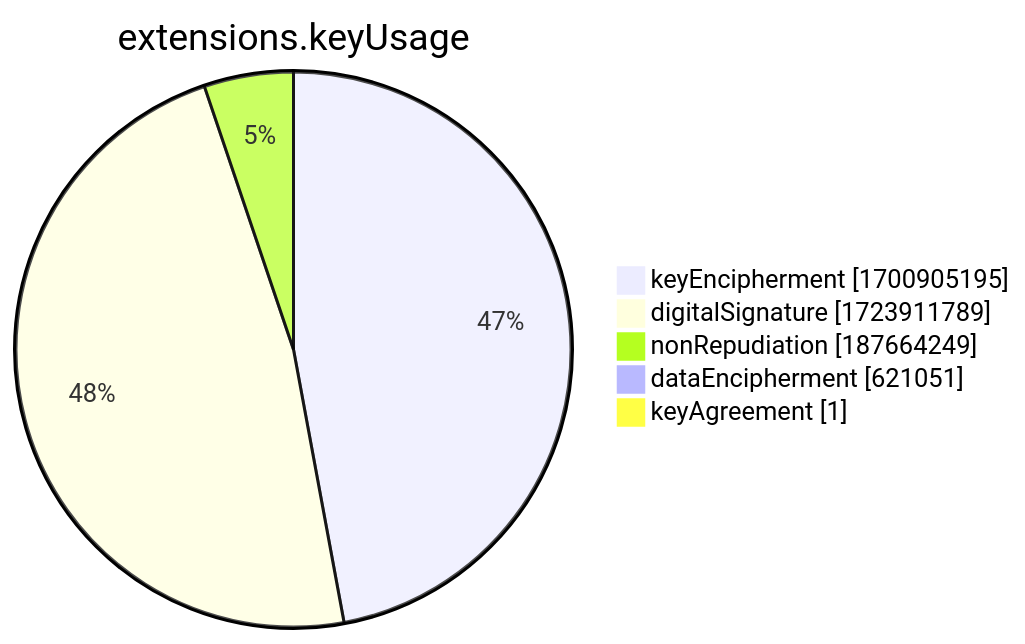
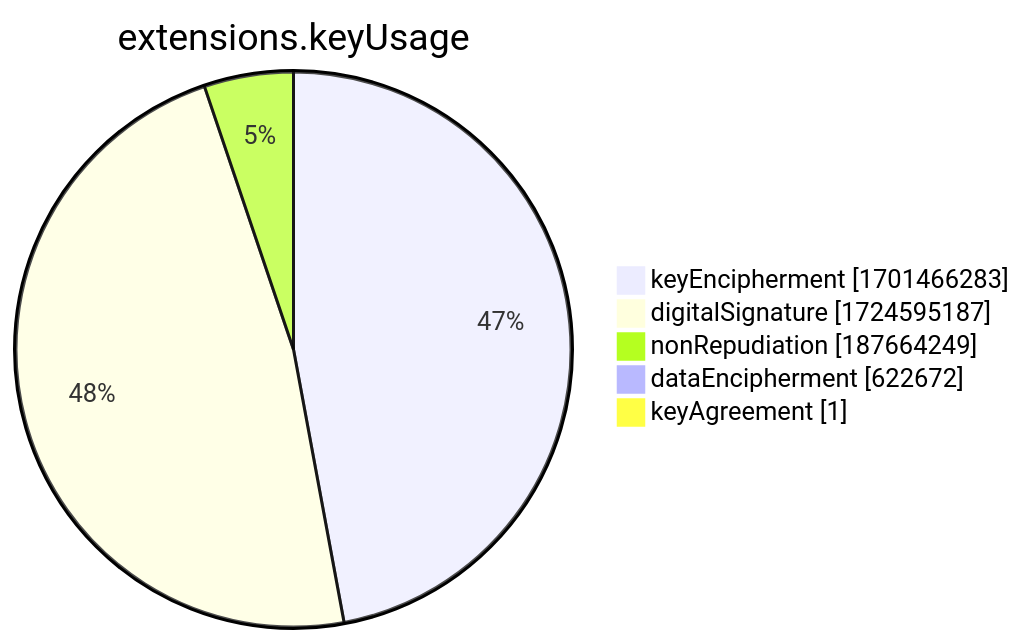
Before and after one commit to christiankrug/ctmonitor_visualization: the seventh of 15 diagrams in xenon2022/README.md, drawn with Mermaid. The commit also changed other lines of this file, not shown here.

````diff
--- a/xenon2022/README.md
+++ b/xenon2022/README.md
@@ -2858,9 +2858,9 @@
 ```mermaid
 pie showData
 title extensions.keyUsage
-"keyEncipherment" :1700905195
-"digitalSignature" :1723911789
+"keyEncipherment" :1701466283
+"digitalSignature" :1724595187
 "nonRepudiation" :187664249
-"dataEncipherment" :621051
+"dataEncipherment" :622672
 "keyAgreement" :1
 ```
````
